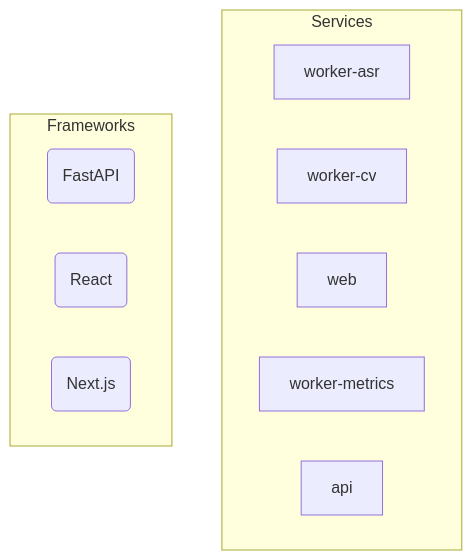
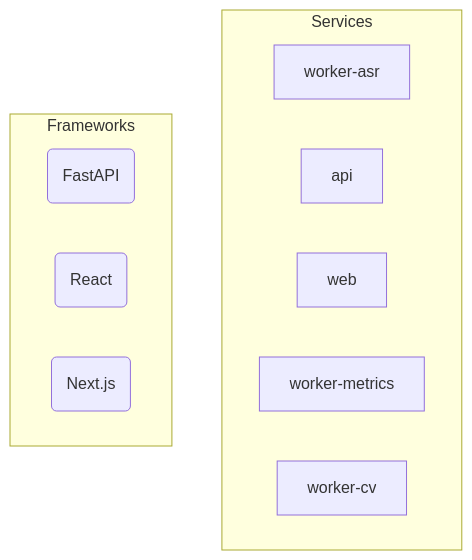
One commit to NITISH-R-G/PedagogyX changed the diagram in README.md. Above: the diagram before and after it, drawn with Mermaid. The commit also changed other lines of this file and 3 other files, not shown here.

Commit message:
docs: auto-generate repository documentation and diagrams [skip ci]

````diff
--- a/README.md
+++ b/README.md
@@ -38,22 +38,22 @@
 ```mermaid
 graph TD
     subgraph Services
         worker_asr["worker-asr"]
         click worker_asr href "services/worker-asr" "Go to worker-asr source"
-        worker_cv["worker-cv"]
-        click worker_cv href "services/worker-cv" "Go to worker-cv source"
+        api["api"]
+        click api href "services/api" "Go to api source"
         web["web"]
         click web href "services/web" "Go to web source"
         worker_metrics["worker-metrics"]
         click worker_metrics href "services/worker-metrics" "Go to worker-metrics source"
-        api["api"]
-        click api href "services/api" "Go to api source"
+        worker_cv["worker-cv"]
+        click worker_cv href "services/worker-cv" "Go to worker-cv source"
     end
 
     subgraph Frameworks
         FastAPI(FastAPI)
         React(React)
         Next_js(Next.js)
     end
 
 ```
````
